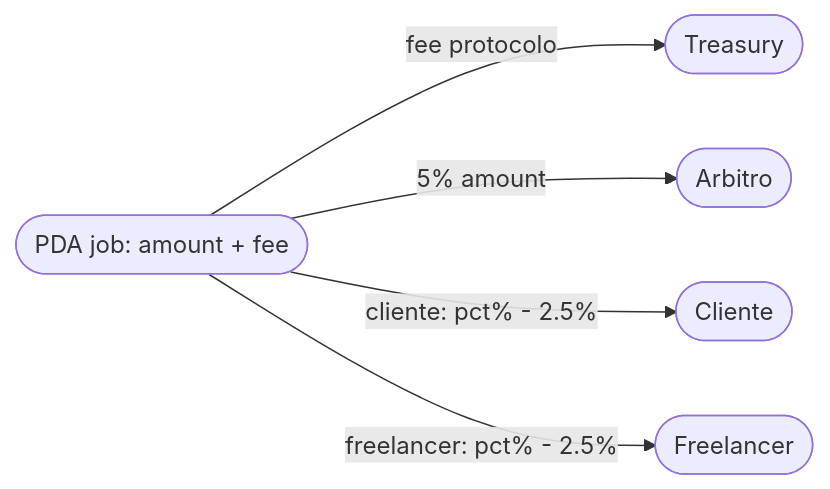
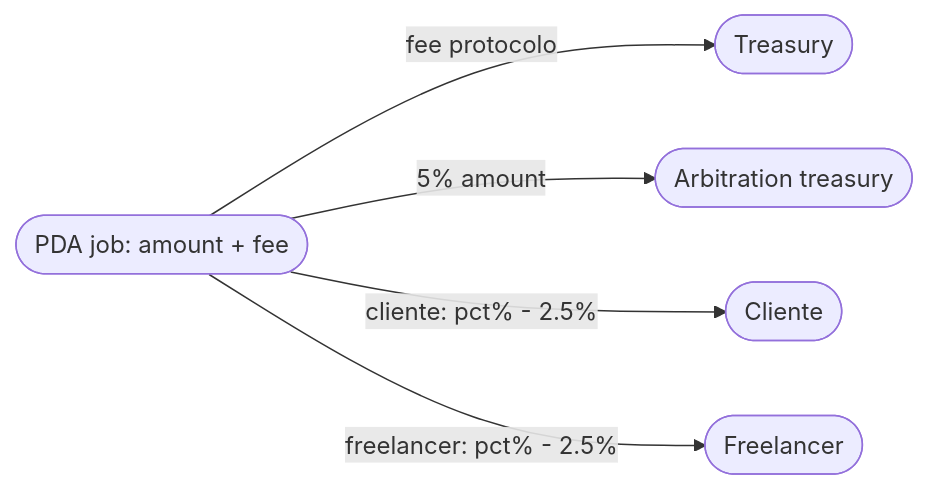
The third of 3 diagrams in trust-escrow-v3/docs/contract/01-overview.md (davidcoachdev/Trust-Work-Escrow), drawn with Mermaid before and after one commit. The commit also changed other lines of this file and 57 other files, not shown here.

````diff
--- a/trust-escrow-v3/docs/contract/01-overview.md
+++ b/trust-escrow-v3/docs/contract/01-overview.md
@@ -100,7 +100,7 @@
 ```mermaid
 flowchart LR
     J([PDA job: amount + fee]) -->|fee protocolo| T([Treasury])
-    J -->|5% amount| A([Arbitro])
+    J -->|5% amount| AT([Arbitration treasury])
     J -->|cliente: pct% - 2.5%| CL([Cliente])
     J -->|freelancer: pct% - 2.5%| FR([Freelancer])
 ```
````
